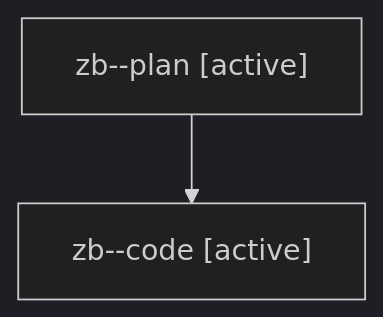
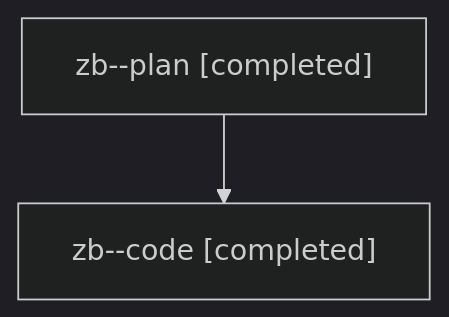
One commit to bobs-org/bob-cli--agents changed the diagram in families/bbugyi200.athena.zb.md. Above: the diagram before and after it, drawn with Mermaid (dark theme). The commit also changed other lines of this file and 68 other files, not shown here.

````diff
--- a/families/bbugyi200.athena.zb.md
+++ b/families/bbugyi200.athena.zb.md
@@ -9,6 +9,6 @@
 ```mermaid
 flowchart TD
-  n0["zb--plan [active]"]
-  n1["zb--code [active]"]
+  n0["zb--plan [completed]"]
+  n1["zb--code [completed]"]
   n0 --> n1
 ```
````
